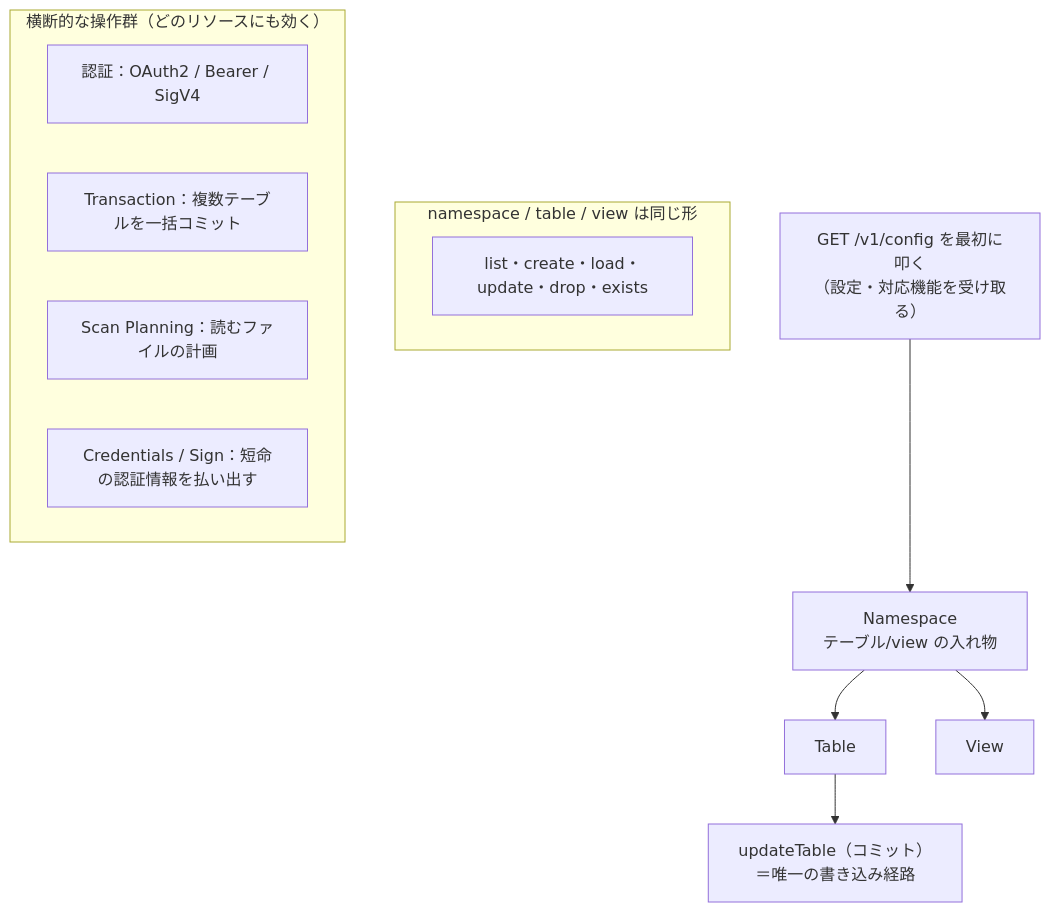
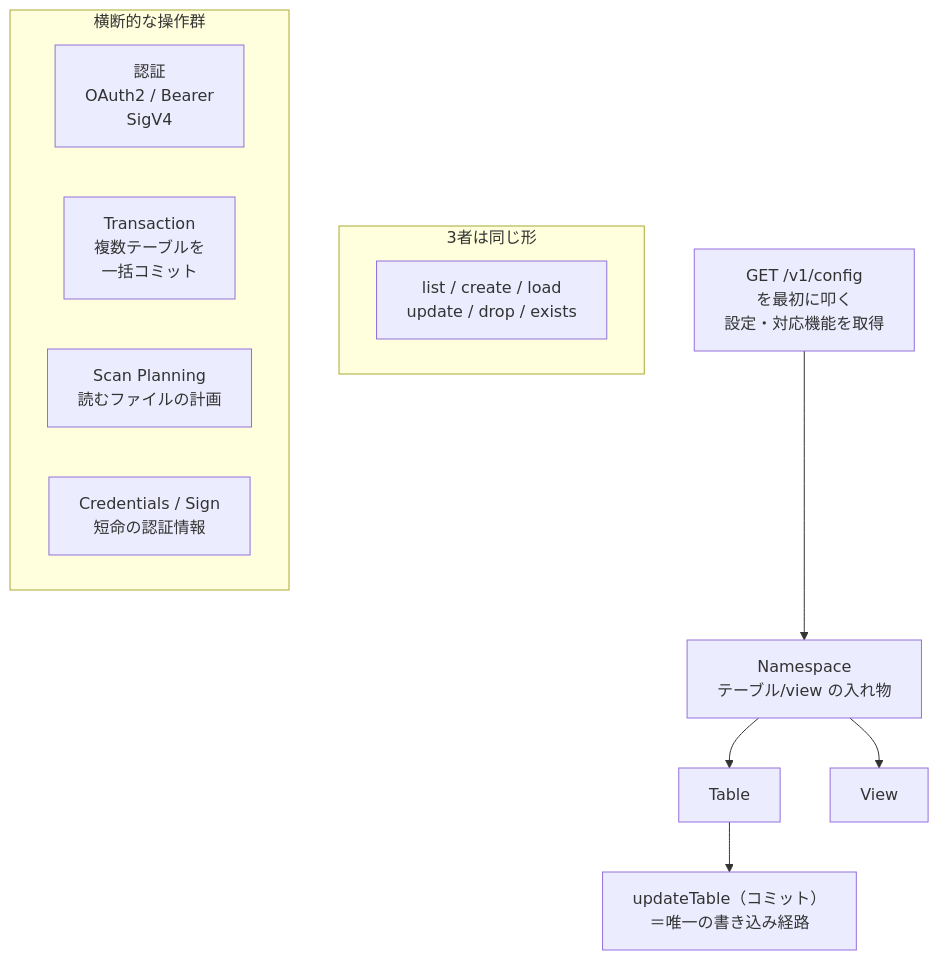
One commit to dobachi/iceberg-research changed the diagram in docs/03-rest-catalog.md. Above: the diagram before and after it, drawn with Mermaid. The commit also changed 5 other files, not shown here.

First line of the commit message:
付録に用語集を追加し、図の日本語ラベル切れを全ドキュメントで修正

````diff
--- a/docs/03-rest-catalog.md
+++ b/docs/03-rest-catalog.md
@@ -53,16 +53,16 @@
 ```mermaid
 flowchart TD
-    C["GET /v1/config を最初に叩く<br/>（設定・対応機能を受け取る）"] --> NS["Namespace<br/>テーブル/view の入れ物"]
+    C["GET /v1/config<br/>を最初に叩く<br/>設定・対応機能を取得"] --> NS["Namespace<br/>テーブル/view の入れ物"]
     NS --> T["Table"]
     NS --> V["View"]
     T --> W["updateTable（コミット）<br/>＝唯一の書き込み経路"]
-    subgraph CRUD["namespace / table / view は同じ形"]
-      O["list・create・load・update・drop・exists"]
+    subgraph CRUD["3者は同じ形"]
+      O["list / create / load<br/>update / drop / exists"]
     end
-    subgraph X["横断的な操作群（どのリソースにも効く）"]
-      AU["認証：OAuth2 / Bearer / SigV4"]
-      TX["Transaction：複数テーブルを一括コミット"]
-      SP["Scan Planning：読むファイルの計画"]
-      CR["Credentials / Sign：短命の認証情報を払い出す"]
+    subgraph X["横断的な操作群"]
+      AU["認証<br/>OAuth2 / Bearer<br/>SigV4"]
+      TX["Transaction<br/>複数テーブルを<br/>一括コミット"]
+      SP["Scan Planning<br/>読むファイルの計画"]
+      CR["Credentials / Sign<br/>短命の認証情報"]
     end
 ```
````
